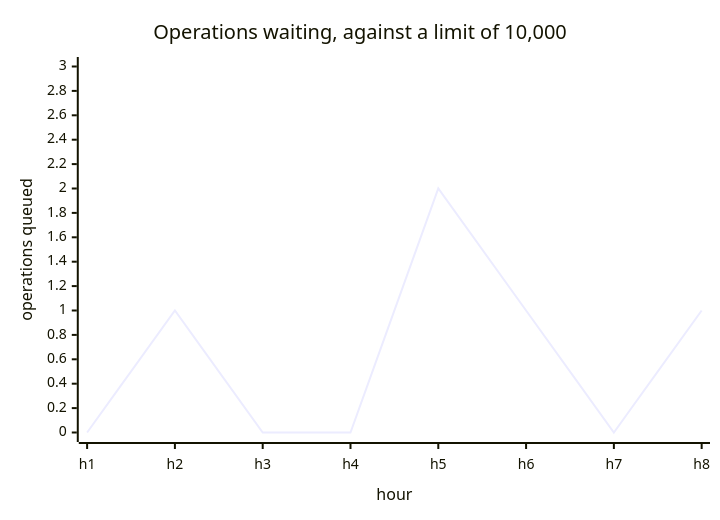
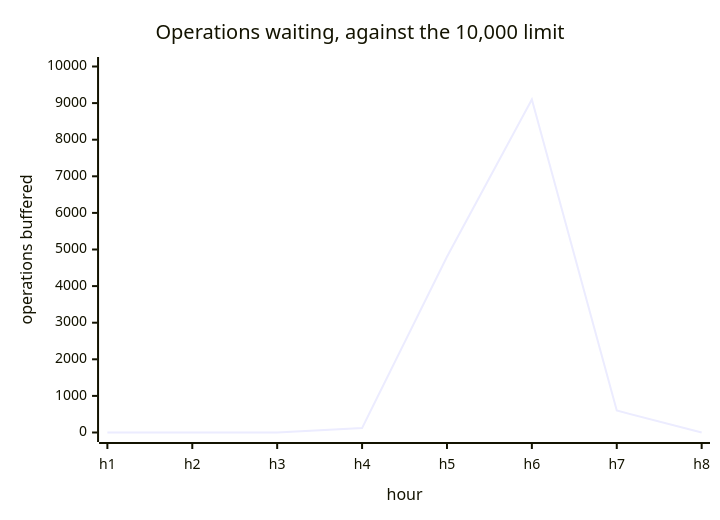
One commit to dfinity/internet-identity changed the third of 7 diagrams in docs/ongoing/metrics-dashboards/health.md. Above: the diagram before and after it, drawn with Mermaid. The commit also changed other lines of this file and 6 other files, not shown here.

````diff
--- a/docs/ongoing/metrics-dashboards/health.md
+++ b/docs/ongoing/metrics-dashboards/health.md
@@ -41,7 +77,7 @@
 ```mermaid
 xychart-beta
-  title "Operations waiting, against a limit of 10,000"
+  title "Operations waiting, against the 10,000 limit"
   x-axis "hour" [h1, h2, h3, h4, h5, h6, h7, h8]
-  y-axis "operations queued" 0 --> 3
-  line [0, 1, 0, 0, 2, 1, 0, 1]
+  y-axis "operations buffered" 0 --> 10000
+  line [0, 0, 0, 120, 4800, 9100, 600, 0]
 ```
````
